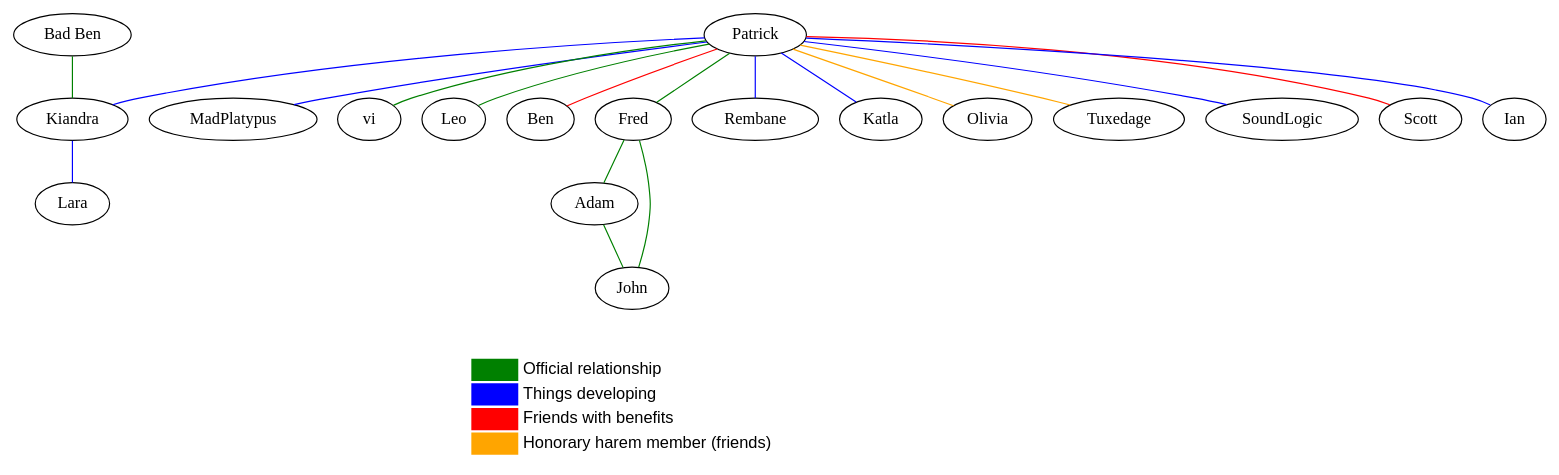
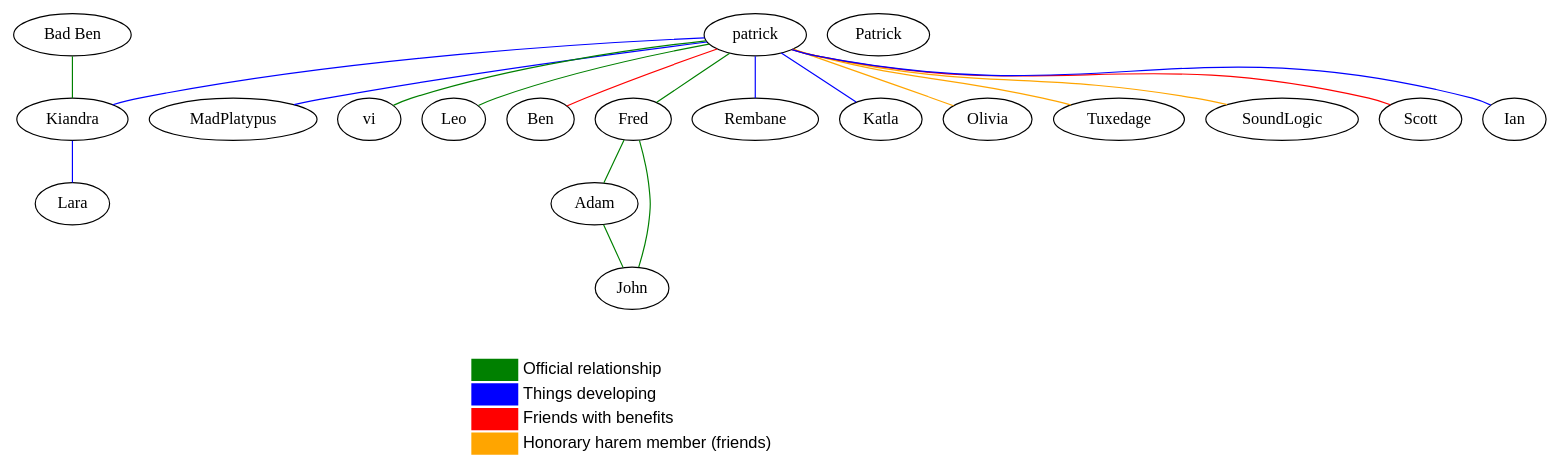
Before and after one commit to Cradam/polygraph: the diagram in share/harem.dot, drawn with Graphviz.

Commit message:
changed SoundLogic to orange

```diff
--- a/share/harem.dot
+++ b/share/harem.dot
@@ -1,60 +1,60 @@
 graph harem {
-  platypus [label="MadPlatypus"]
-  patrick -- platypus [color=blue]
-  patrick [label="Patrick"]
+  madplatypus [label="MadPlatypus"]
+  patrick -- madplatypus [color=blue]
+  patick [label="Patrick"]
   vi [label="vi"]
   patrick -- vi [color=green]
   leo [label="Leo"]
   patrick -- leo [color=green]
   ben [label="Ben"]
   patrick -- ben [color=red]
   kiandra [label="Kiandra"]
   patrick -- kiandra [color=blue]
   lara [label="Lara"]
   kiandra -- lara [color=blue]
   badben [label="Bad Ben"]
   badben -- kiandra [color=green]
   fred [label="Fred"]
   patrick -- fred [color=green]
   adam [label="Adam"]
   john [label="John"]
   fred -- john [color=green]
   fred -- adam  [color=green]
   adam -- john [color=green]
   rembane [label="Rembane"]
   patrick -- rembane [color=blue]
   katla [label="Katla"]
   patrick -- katla [color=blue]
   olivia [label="Olivia"]
   patrick -- olivia [color=orange]
   tuxedage [label="Tuxedage"]
   patrick -- tuxedage [color=orange]
   soundlogic [label="SoundLogic"]
-  patrick -- soundlogic [color=blue]
+  patrick -- soundlogic [color=orange]
   scott [label="Scott"]
   patrick -- scott [color=red]
   ian [label="Ian"]
   patrick -- ian [color=blue]
   { rank = sink;
     Legend [shape=none, label=<
       <table border="0">
         <tr>
           <td width="40px" bgcolor="green"></td>
           <td align="left"><font face="sans-serif">Official relationship</font></td>
         </tr>
         <tr>
           <td width="40px" bgcolor="blue"></td>
           <td align="left"><font face="sans-serif">Things developing</font></td>
         </tr>
         <tr>
           <td width="40px" bgcolor="red"></td>
           <td align="left"><font face="sans-serif">Friends with benefits</font></td>
         </tr>
         <tr>
           <td width="40px" bgcolor="orange"></td>
           <td align="left"><font face="sans-serif">Honorary harem member (friends)</font></td>
         </tr>
       </table>
     >];
   }
 }
```
